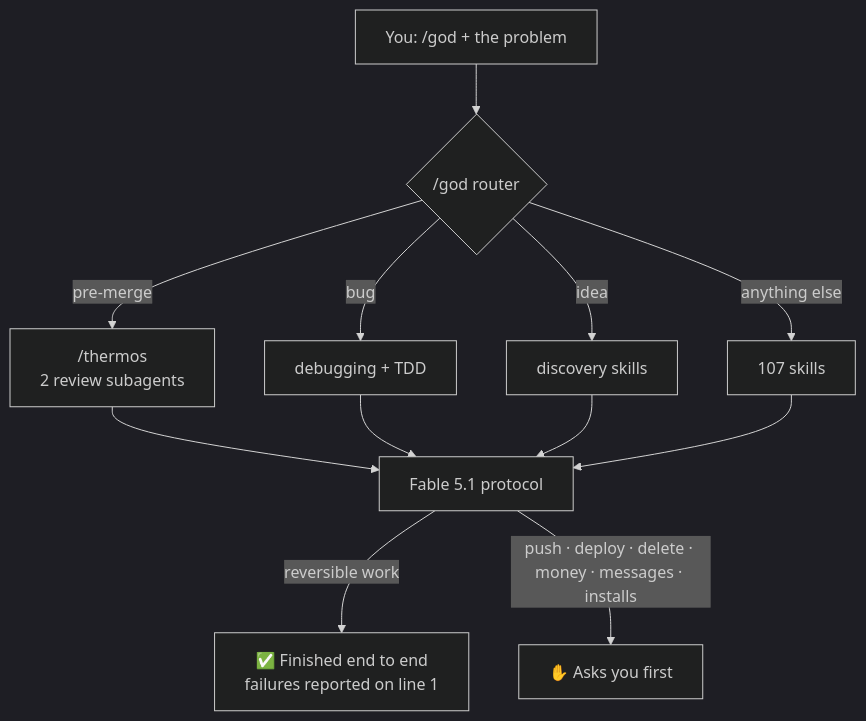
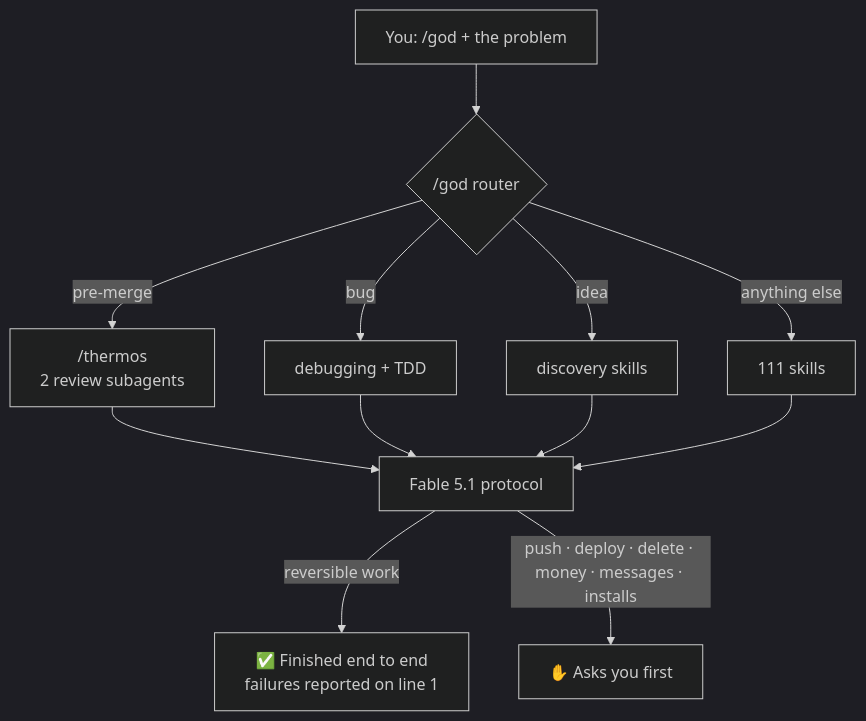
Before and after one commit to Gastonchevarria/god-mode: the diagram in README.md, drawn with Mermaid (dark theme). The commit also changed other lines of this file and 21 other files, not shown here.

````diff
--- a/README.md
+++ b/README.md
@@ -121,14 +123,14 @@
 ```mermaid
 flowchart TD
     U["You: /god + the problem"] --> R{"/god router"}
     R -->|pre-merge| T["/thermos<br/>2 review subagents"]
     R -->|bug| D["debugging + TDD"]
     R -->|idea| V["discovery skills"]
-    R -->|anything else| S["107 skills"]
+    R -->|anything else| S["111 skills"]
     T --> P["Fable 5.1 protocol"]
     D --> P
     V --> P
     S --> P
     P -->|reversible work| F["✅ Finished end to end<br/>failures reported on line 1"]
     P -->|push · deploy · delete · money · messages · installs| A["✋ Asks you first"]
 ```
````
